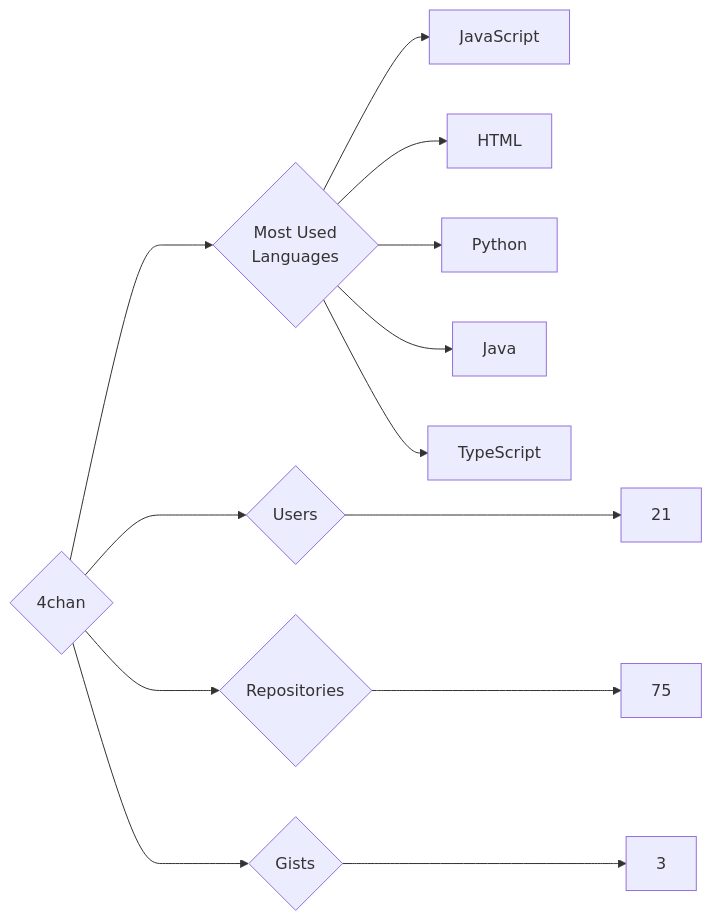
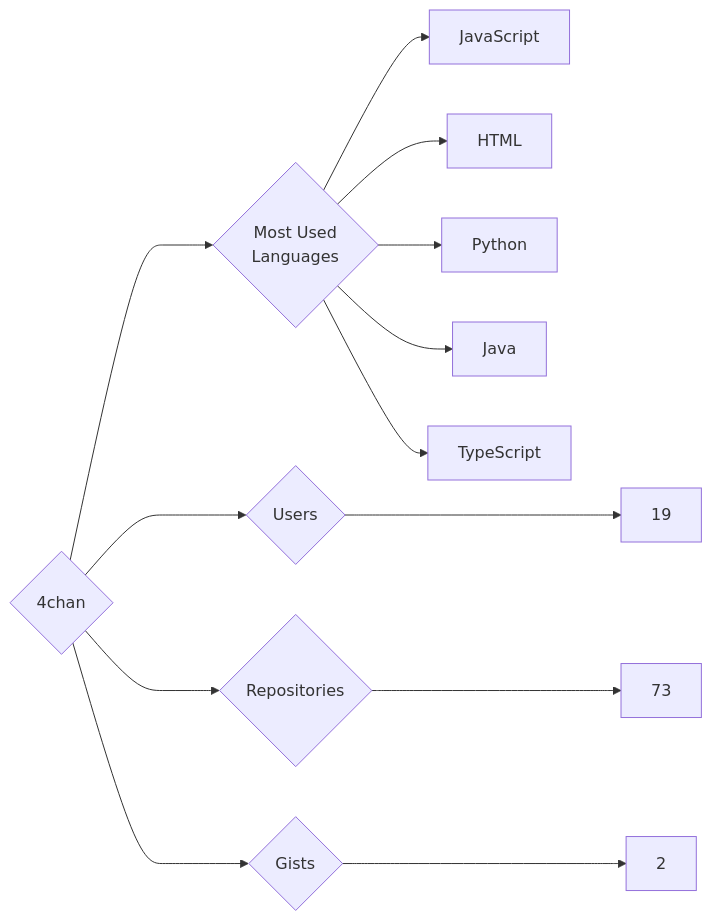
Before and after one commit to trickest/insiders: the diagram in targets/4chan/README.md, drawn with Mermaid. The commit also changed 614 other files, not shown here.

````diff
--- a/targets/4chan/README.md
+++ b/targets/4chan/README.md
@@ -3,13 +3,13 @@
 ```mermaid
 graph LR
 COMPANY_NAME{4chan}
-COMPANY_NAME ---> U{Users} ---> UN[21]
-COMPANY_NAME ---> R{Repositories} ---> RN[75]
-COMPANY_NAME ---> G{Gists} ---> GN[3]
+COMPANY_NAME ---> U{Users} ---> UN[19]
+COMPANY_NAME ---> R{Repositories} ---> RN[73]
+COMPANY_NAME ---> G{Gists} ---> GN[2]
 COMPANY_NAME ---> ML{Most Used<br>Languages}
 ML --> JavaScript[JavaScript]
 ML --> HTML[HTML]
 ML --> Python[Python]
 ML --> Java[Java]
 ML --> TypeScript[TypeScript]
 ```
````
